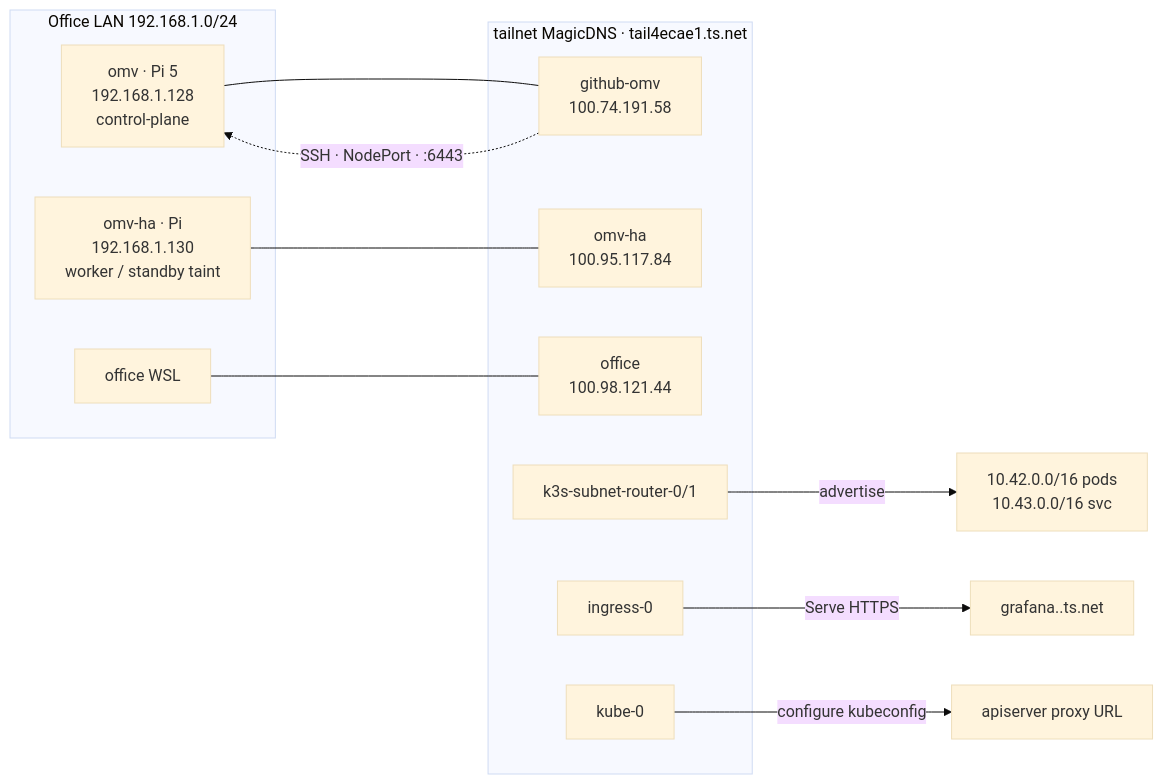
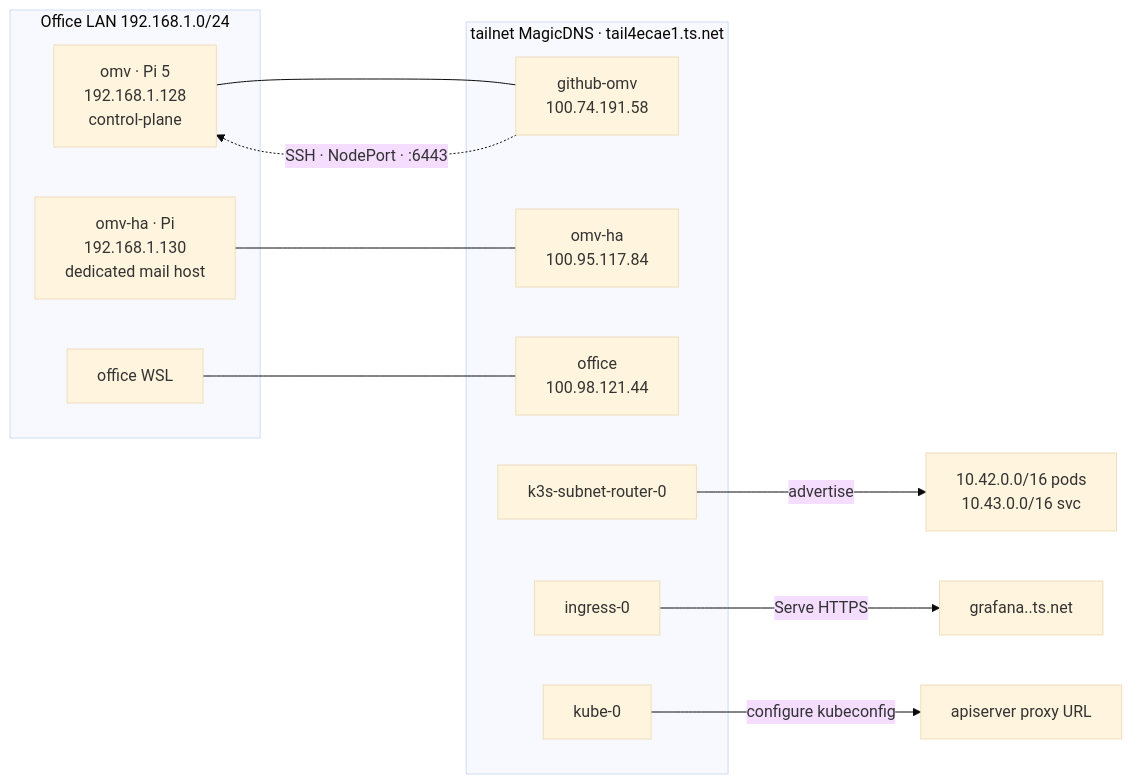
Before and after one commit to Themis128/cloudless.gr: the second of 11 diagrams in docs/cluster/TAILSCALE-FABRIC.md, drawn with Mermaid (base theme). The commit also changed other lines of this file and 2 other files, not shown here.

Commit message:
Switch restart-pi-runners workflow to Tailscale v4 with OAuth fallback and MagicDNS.
- Upgrade tailscale/github-action from v3.2.4 to v4 with pinned SHA.
- Add OAuth step with continue-on-error and recovery authkey fallback for resilience.
- Add tags and ping parameters to Tailscale connection steps.
- Replace hardcoded IP 100.74.191.58 with MagicDNS hostname github-omv.tail4ecae1.ts.net.
- Switch SSH StrictHostKeyChecking from no to yes (MagicDNS is stable).
- Normalize YAML indentation to 2 spaces throughout.
- Add "authkey" to cspell dictionary.

````diff
--- a/docs/cluster/TAILSCALE-FABRIC.md
+++ b/docs/cluster/TAILSCALE-FABRIC.md
@@ -94,25 +94,25 @@
 ```mermaid
 flowchart LR
   subgraph LAN["Office LAN 192.168.1.0/24"]
     OMV["omv · Pi 5<br/>192.168.1.128<br/>control-plane"]
-    HA["omv-ha · Pi<br/>192.168.1.130<br/>worker / standby taint"]
+    HA["omv-ha · Pi<br/>192.168.1.130<br/>dedicated mail host"]
     WSL["office WSL"]
   end
 
   subgraph Tailnet["tailnet MagicDNS · tail4ecae1.ts.net"]
     GHO["github-omv<br/>100.74.191.58"]
     OMH["omv-ha<br/>100.95.117.84"]
     OFF["office<br/>100.98.121.44"]
-    SR0["k3s-subnet-router-0/1"]
+    SR0["k3s-subnet-router-0"]
     IN0["ingress-0"]
     KU0["kube-0"]
   end
 
   OMV --- GHO
   HA --- OMH
   WSL --- OFF
   GHO -.->|SSH · NodePort · :6443| OMV
   SR0 -->|advertise| CIDR["10.42.0.0/16 pods<br/>10.43.0.0/16 svc"]
   IN0 -->|Serve HTTPS| G["grafana.<tailnet>.ts.net"]
   KU0 -->|configure kubeconfig| API2["apiserver proxy URL"]
 ```
````
